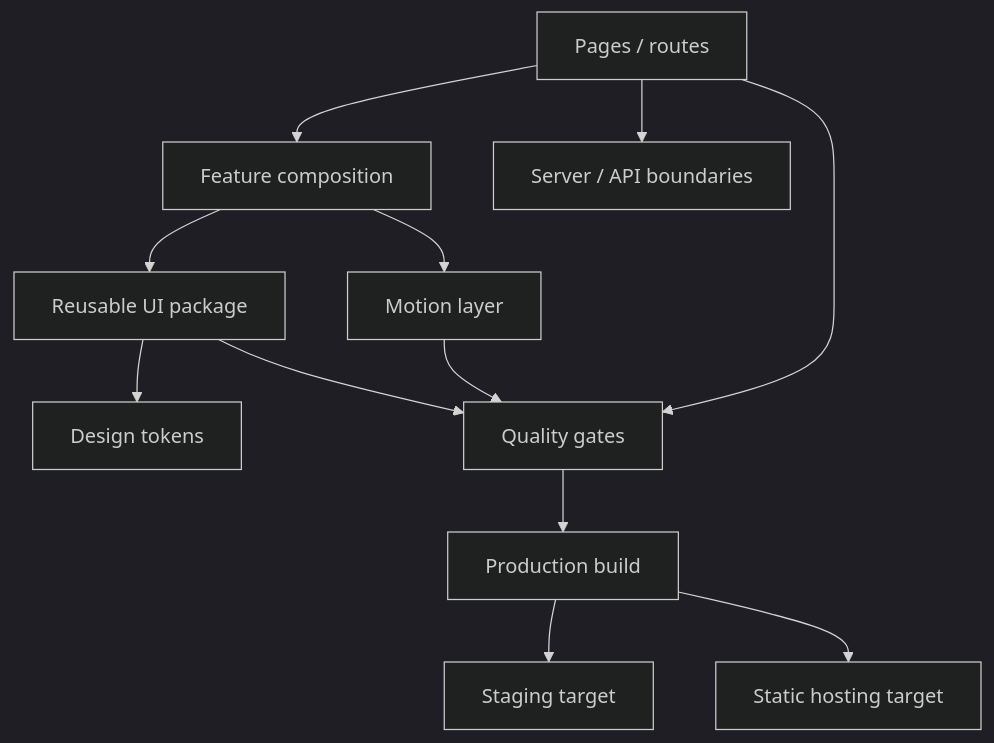
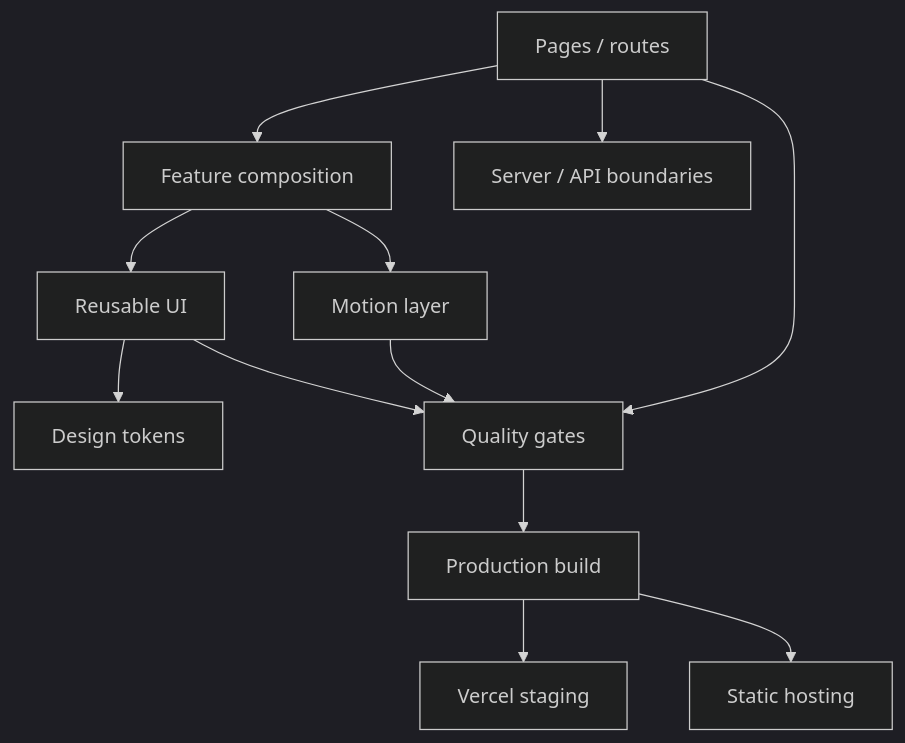
One commit to andrecsmenezes/andrecsmenezes changed the diagram in case-studies/acsmti.md. Above: the diagram before and after it, drawn with Mermaid (dark theme). The commit also changed other lines of this file, not shown here.

````diff
--- a/case-studies/acsmti.md
+++ b/case-studies/acsmti.md
@@ -11,14 +15,14 @@
 ```mermaid
 flowchart TD
     P[Pages / routes] --> C[Feature composition]
-    C --> UI[Reusable UI package]
+    C --> UI[Reusable UI]
     UI --> T[Design tokens]
     C --> M[Motion layer]
     P --> API[Server / API boundaries]
     UI --> Q[Quality gates]
     M --> Q
     P --> Q
     Q --> B[Production build]
-    B --> V[Staging target]
-    B --> H[Static hosting target]
+    B --> V[Vercel staging]
+    B --> H[Static hosting]
 ```
````
